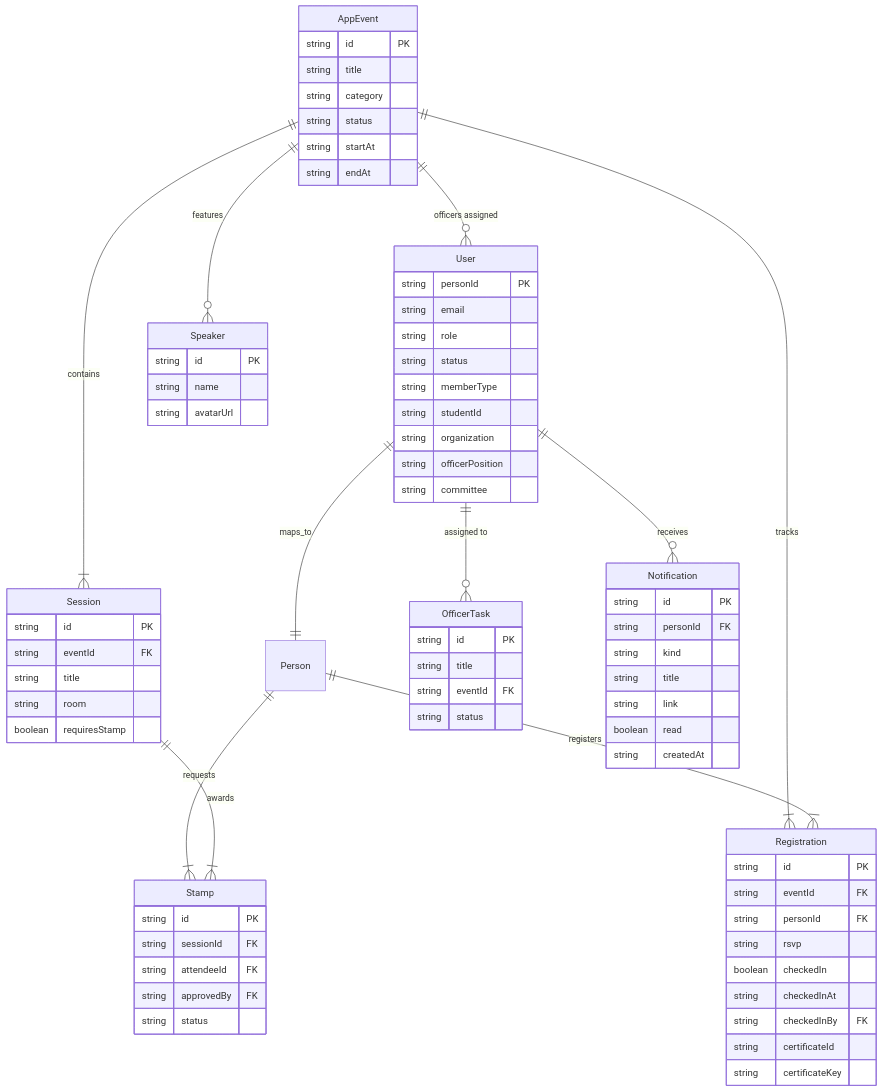
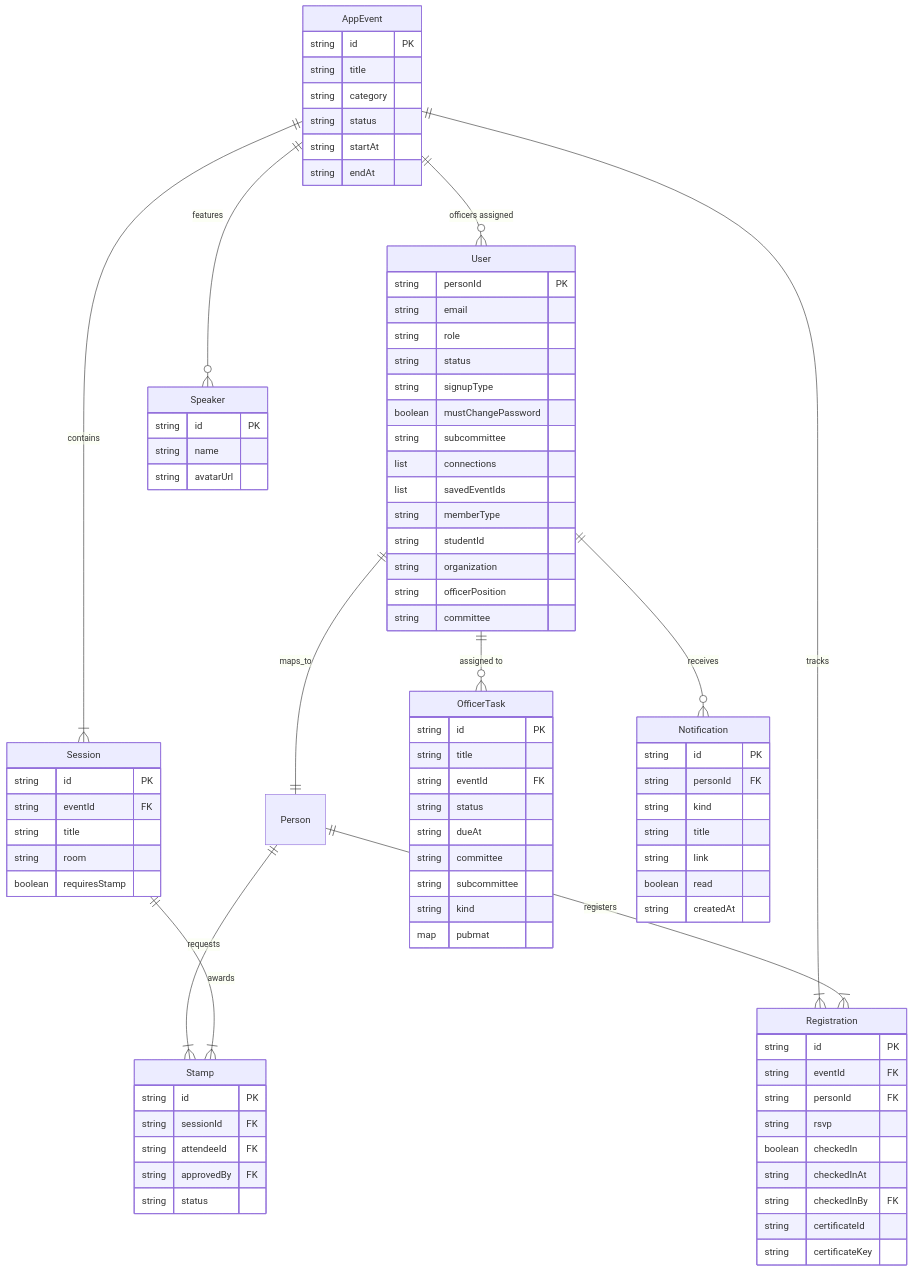
One commit to mochatakahashi/aws-event-tracker-app changed the third of 3 diagrams in ARCHITECTURE.md. Above: the diagram before and after it, drawn with Mermaid. The commit also changed other lines of this file and 55 other files, not shown here.

Commit message:
feat: password rules, admin-created accounts, committee task board, content tracker, connect profiles, live dashboard, saved events

```diff
--- a/ARCHITECTURE.md
+++ b/ARCHITECTURE.md
@@ -248,6 +253,11 @@
         string email
         string role
         string status
+        string signupType
+        boolean mustChangePassword
+        string subcommittee
+        list connections
+        list savedEventIds
         string memberType
         string studentId
         string organization
@@ -260,6 +270,11 @@
         string title
         string eventId FK
         string status
+        string dueAt
+        string committee
+        string subcommittee
+        string kind
+        map pubmat
     }
 
     Registration {
```
